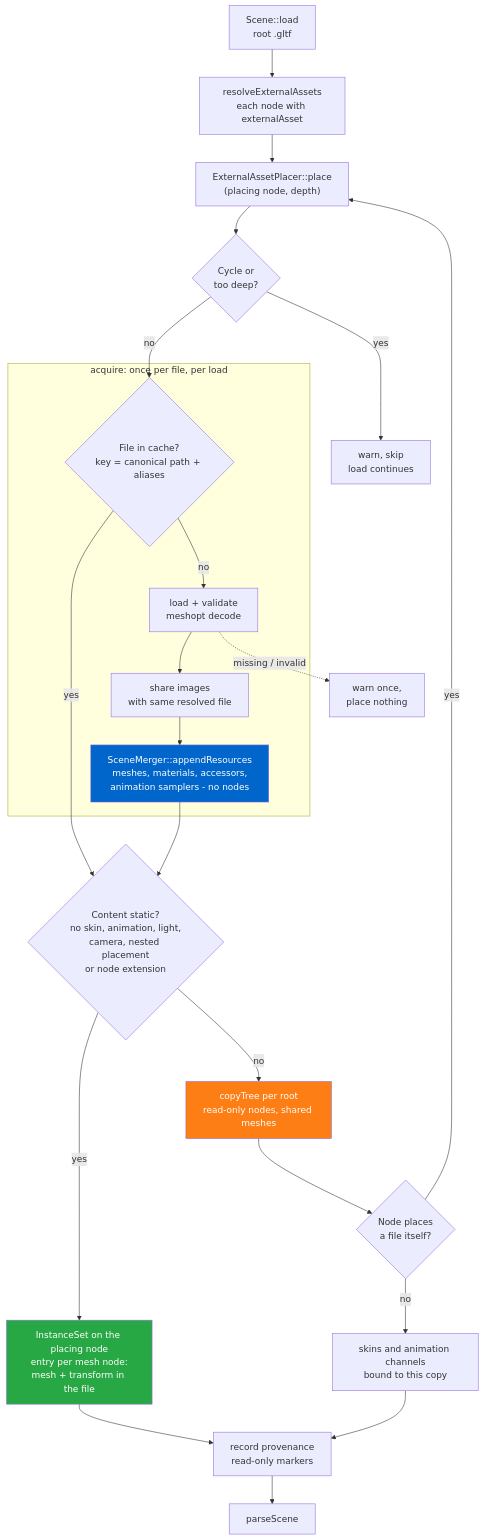
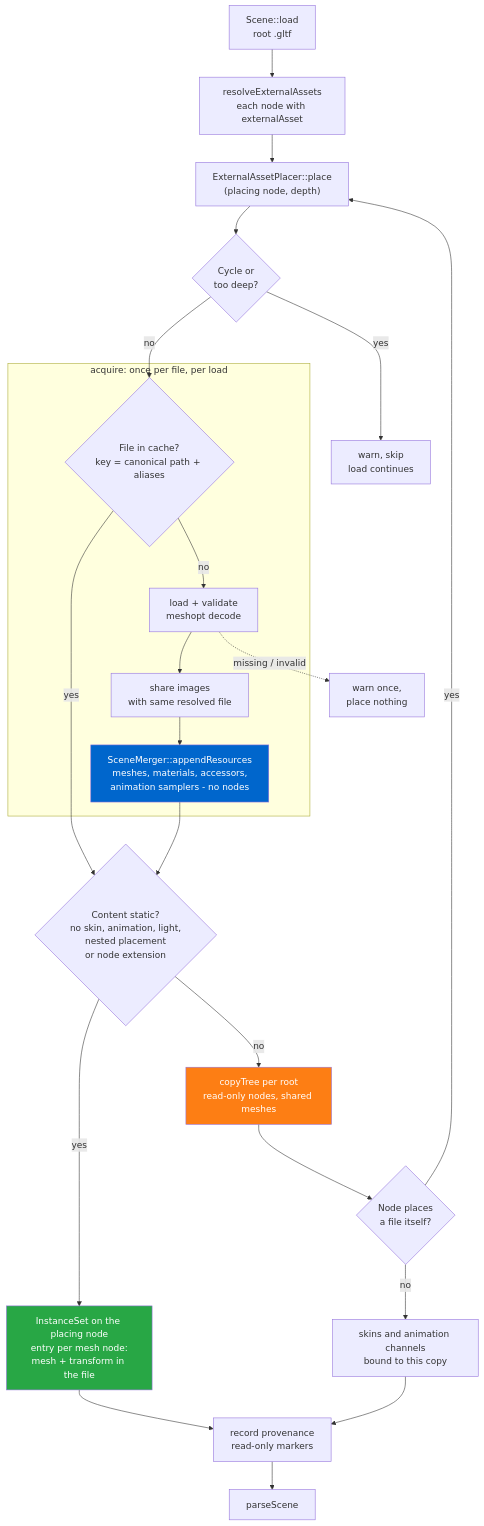
One commit to nvpro-samples/vk_gltf_renderer changed the first of 3 diagrams in docs/external_assets.md. Above: the diagram before and after it, drawn with Mermaid. The commit also changed other lines of this file and 11 other files, not shown here.

````diff
--- a/docs/external_assets.md
+++ b/docs/external_assets.md
@@ -51,33 +51,33 @@
 ```mermaid
 flowchart TD
     A["Scene::load<br/>root .gltf"] --> B["resolveExternalAssets<br/>each node with externalAsset"]
     B --> C["ExternalAssetPlacer::place<br/>(placing node, depth)"]
 
     C --> D{"Cycle or<br/>too deep?"}
     D -->|yes| W1["warn, skip<br/>load continues"]
     D -->|no| E{"File in cache?<br/>key = canonical path + aliases"}
 
     subgraph "acquire: once per file, per load"
         E -->|no| F["load + validate<br/>meshopt decode"]
         F --> G["share images<br/>with same resolved file"]
         G --> H["SceneMerger::appendResources<br/>meshes, materials, accessors,<br/>animation samplers - no nodes"]
     end
     E -->|yes| L
-    H --> L{"Content static?<br/>no skin, animation, light,<br/>camera, nested placement<br/>or node extension"}
+    H --> L{"Content static?<br/>no skin, animation, light,<br/>nested placement<br/>or node extension"}
     F -.->|missing / invalid| W2["warn once,<br/>place nothing"]
 
     L -->|yes| M["InstanceSet on the placing node<br/>entry per mesh node:<br/>mesh + transform in the file"]
     L -->|no| N["copyTree per root<br/>read-only nodes, shared meshes"]
 
     N --> P{"Node places<br/>a file itself?"}
     P -->|yes| C
     P -->|no| Q["skins and animation channels<br/>bound to this copy"]
 
     M --> R["record provenance<br/>read-only markers"]
     Q --> R
     R --> S["parseScene"]
 
     style M fill:#28a745,color:#fff
     style N fill:#fd7e14,color:#fff
     style H fill:#0066cc,color:#fff
 ```
````
